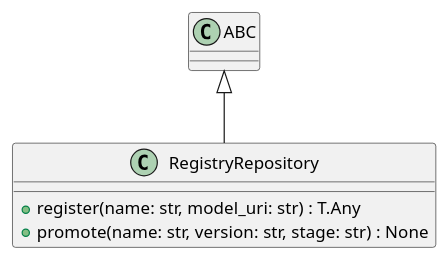
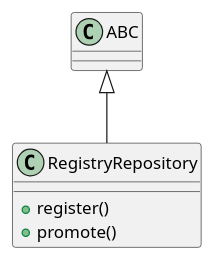
Before and after one commit to lgcorzo/llmops-python-package: the diagram in openwiki/src/autogen_team/registry/repositories.md, drawn with PlantUML. The commit also changed other lines of this file and 77 other files, not shown here.

````diff
--- a/openwiki/src/autogen_team/registry/repositories.md
+++ b/openwiki/src/autogen_team/registry/repositories.md
@@ -49,9 +95,9 @@
 ```plantuml
 @startuml
-    ABC <|-- RegistryRepository
-    class RegistryRepository {
-        +register(name: str, model_uri: str) : T.Any
-        +promote(name: str, version: str, stage: str) : None
-    }
+class RegistryRepository {
+  + register()
+  + promote()
+}
+ABC <|-- RegistryRepository
 @enduml
 ```
````
